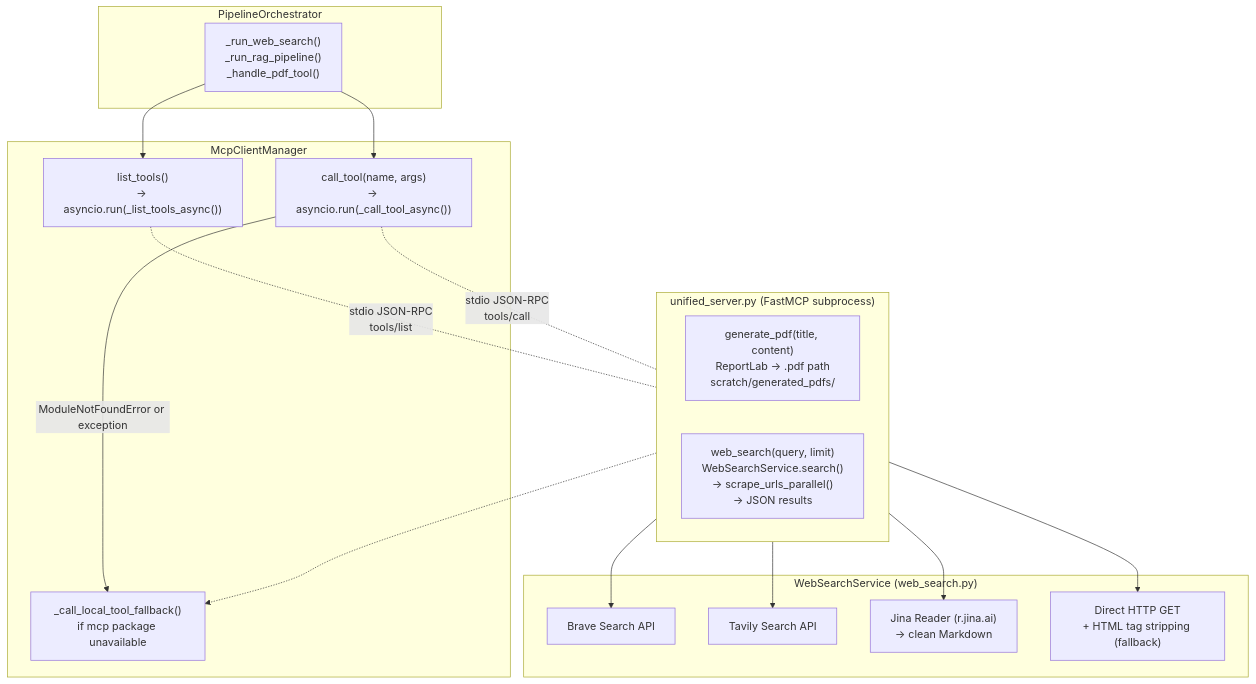
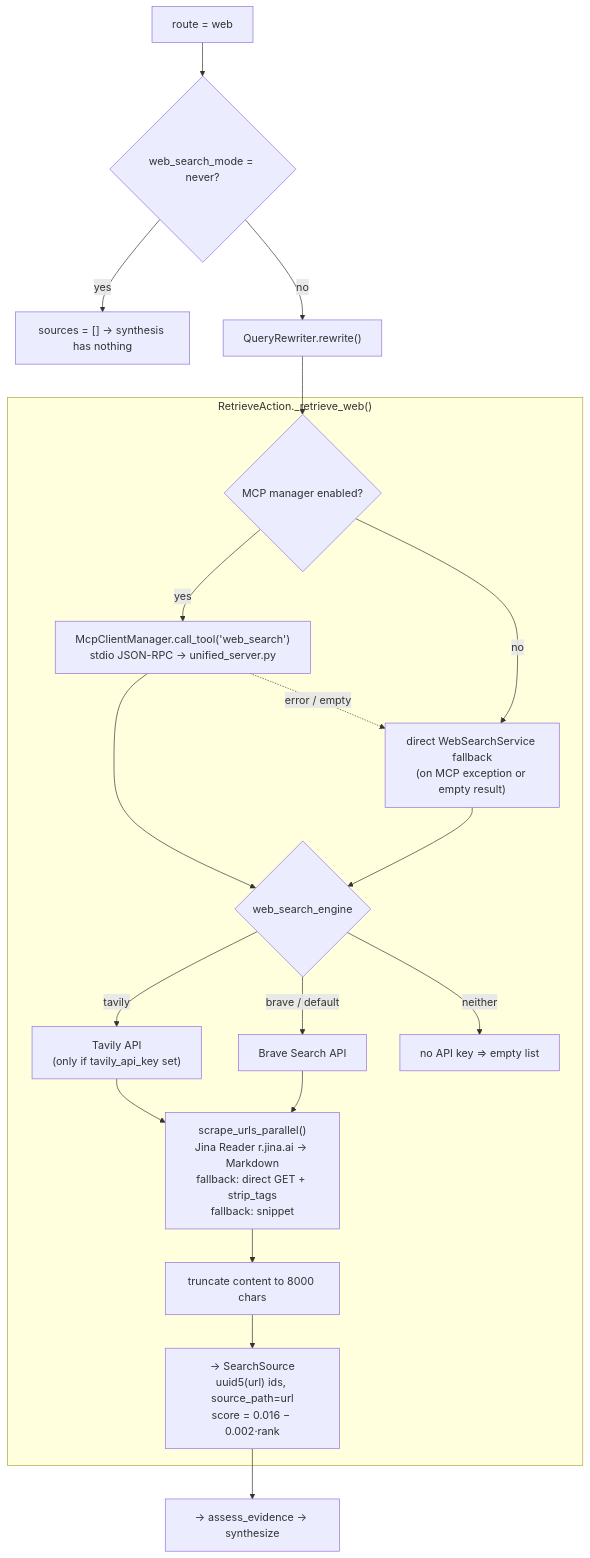
One commit to OmgItsAmmer/Scrutinize changed the fourth of 11 diagrams in docs/architecture/diagram.md. Above: the diagram before and after it, drawn with Mermaid. The commit also changed other lines of this file and 40 other files, not shown here.

````diff
--- a/docs/architecture/diagram.md
+++ b/docs/architecture/diagram.md
@@ -272,37 +196,33 @@
 ```mermaid
 flowchart TD
-    subgraph Orchestrator["PipelineOrchestrator"]
-        ORCH_CALL["_run_web_search()\n_run_rag_pipeline()\n_handle_pdf_tool()"]
+    IN["route = web"]
+    NEVER{"web_search_mode = never?"}
+    EMPTY["sources = [] → synthesis has nothing"]
+    RW["QueryRewriter.rewrite()"]
+
+    subgraph WS["RetrieveAction._retrieve_web()"]
+        M1{"MCP manager enabled?"}
+        MCP["McpClientManager.call_tool('web_search')<br/>stdio JSON-RPC → unified_server.py"]
+        DIRECT["direct WebSearchService fallback<br/>(on MCP exception or empty result)"]
+        ENG{"web_search_engine"}
+        BRAVE["Brave Search API"]
+        TAVILY["Tavily API<br/>(only if tavily_api_key set)"]
+        NONE["no API key ⇒ empty list"]
+        SCRAPE["scrape_urls_parallel()<br/>Jina Reader r.jina.ai → Markdown<br/>fallback: direct GET + strip_tags<br/>fallback: snippet"]
+        CAP["truncate content to 8000 chars"]
+        MAP["→ SearchSource<br/>uuid5(url) ids, source_path=url<br/>score = 0.016 − 0.002·rank"]
     end
 
-    subgraph Manager["McpClientManager"]
-        LIST["list_tools()\n→ asyncio.run(_list_tools_async())"]
-        CALL["call_tool(name, args)\n→ asyncio.run(_call_tool_async())"]
-        FALLBACK["_call_local_tool_fallback()\nif mcp package unavailable"]
-    end
+    NEXT["→ assess_evidence → synthesize"]
 
-    subgraph Server["unified_server.py (FastMCP subprocess)"]
-        direction LR
-        GEN_PDF["generate_pdf(title, content)\nReportLab → .pdf path\nscratch/generated_pdfs/"]
-        WEB_SEARCH_T["web_search(query, limit)\nWebSearchService.search()\n→ scrape_urls_parallel()\n→ JSON results"]
-    end
-
-    subgraph WebSearchSvc["WebSearchService (web_search.py)"]
-        BRAVE_API["Brave Search API"]
-        TAVILY_API["Tavily Search API"]
-        JINA_R["Jina Reader (r.jina.ai)\n→ clean Markdown"]
-        DIRECT["Direct HTTP GET\n+ HTML tag stripping (fallback)"]
-    end
-
-    ORCH_CALL --> LIST
-    ORCH_CALL --> CALL
-    LIST -.-|"stdio JSON-RPC\ntools/list"| Server
-    CALL -.-|"stdio JSON-RPC\ntools/call"| Server
-    CALL -->|"ModuleNotFoundError or exception"| FALLBACK
-
-    GEN_PDF -.-> FALLBACK
-    WEB_SEARCH_T --> JINA_R
-    WEB_SEARCH_T --> DIRECT
-    Server --> BRAVE_API
-    Server --> TAVILY_API
+    IN --> NEVER
+    NEVER -->|yes| EMPTY
+    NEVER -->|no| RW --> M1
+    M1 -->|yes| MCP --> ENG
+    M1 -->|no| DIRECT --> ENG
+    MCP -.->|error / empty| DIRECT
+    ENG -->|tavily| TAVILY --> SCRAPE
+    ENG -->|brave / default| BRAVE --> SCRAPE
+    ENG -->|neither| NONE
+    SCRAPE --> CAP --> MAP --> NEXT
 ```
````
